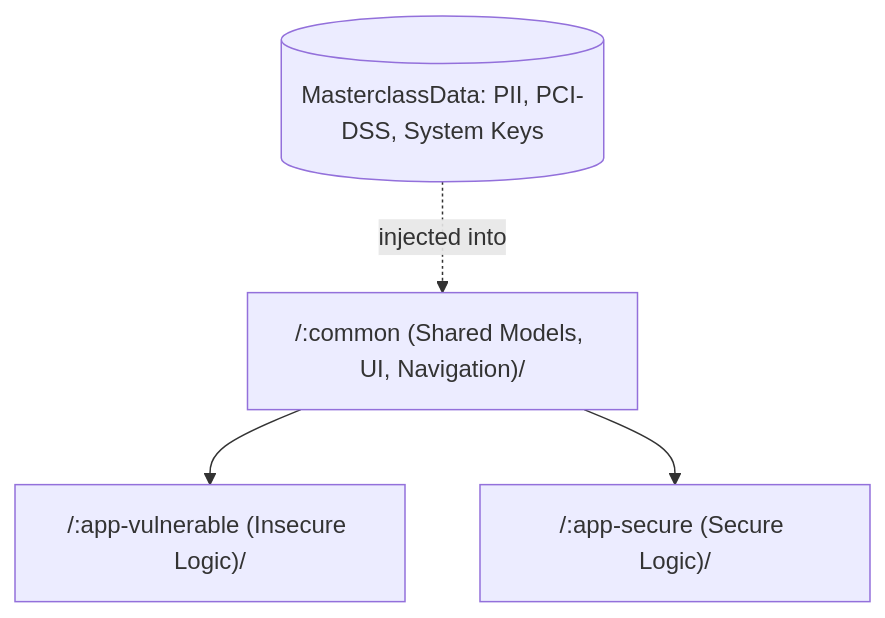
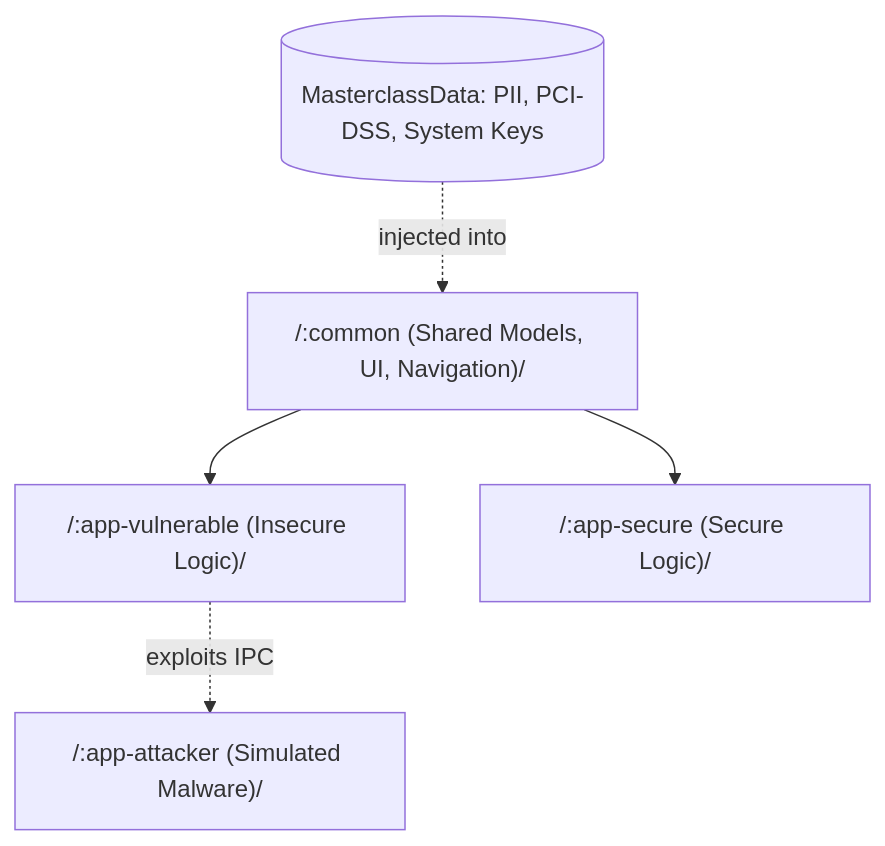
The diagram in README.md (Hasan-Tuncay/Android-Security-Masterclass), drawn with Mermaid before and after one commit. The commit also changed other lines of this file and 181 other files, not shown here.

Commit message:
docs: Add app-attacker module setup instructions and ADB permission notes to README

````diff
--- a/README.md
+++ b/README.md
@@ -20,6 +20,7 @@
 ```mermaid
 graph TD
     Common["/:common (Shared Models, UI, Navigation)/"] --> Vuln["/:app-vulnerable (Insecure Logic)/"]
     Common --> Sec["/:app-secure (Secure Logic)/"]
+    Vuln -. exploits IPC .-> Attacker["/:app-attacker (Simulated Malware)/"]
     Data[("MasterclassData: PII, PCI-DSS, System Keys")] -. injected into .-> Common
 ```
````
